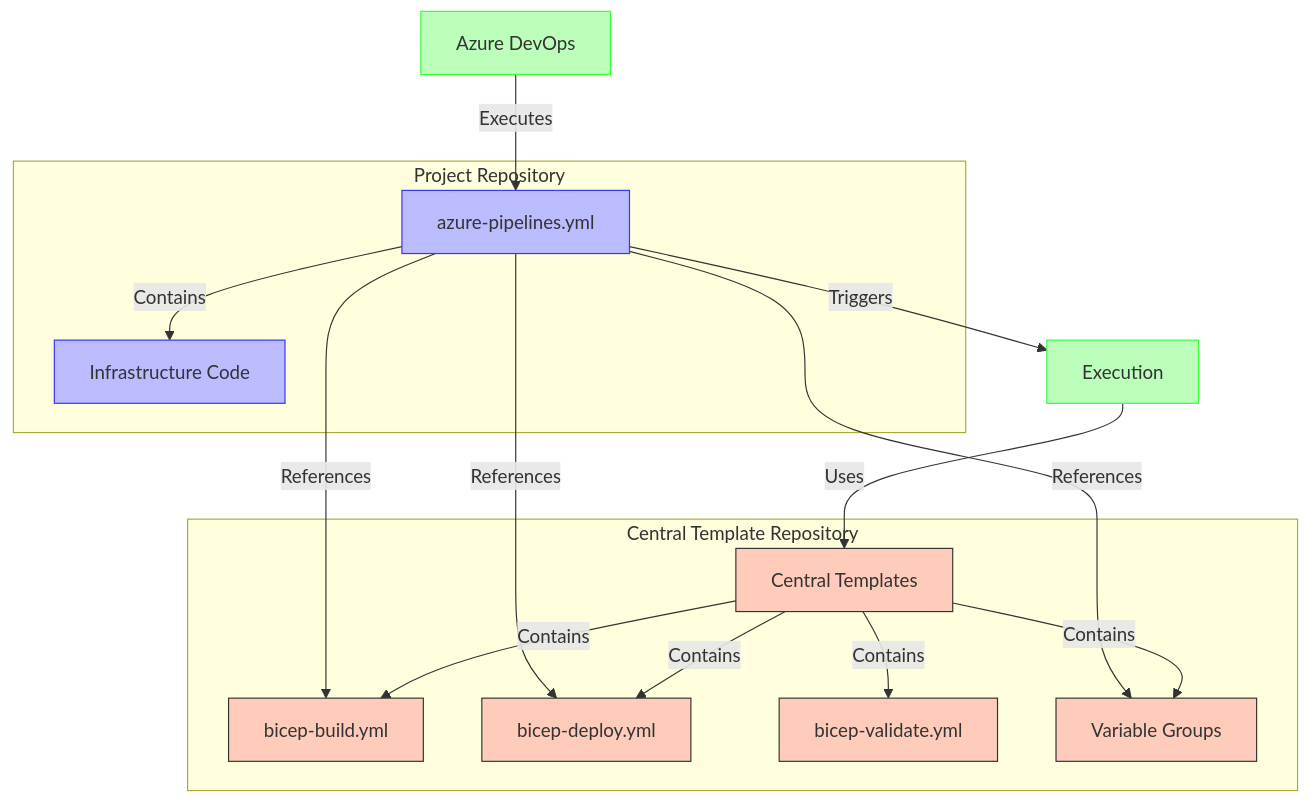
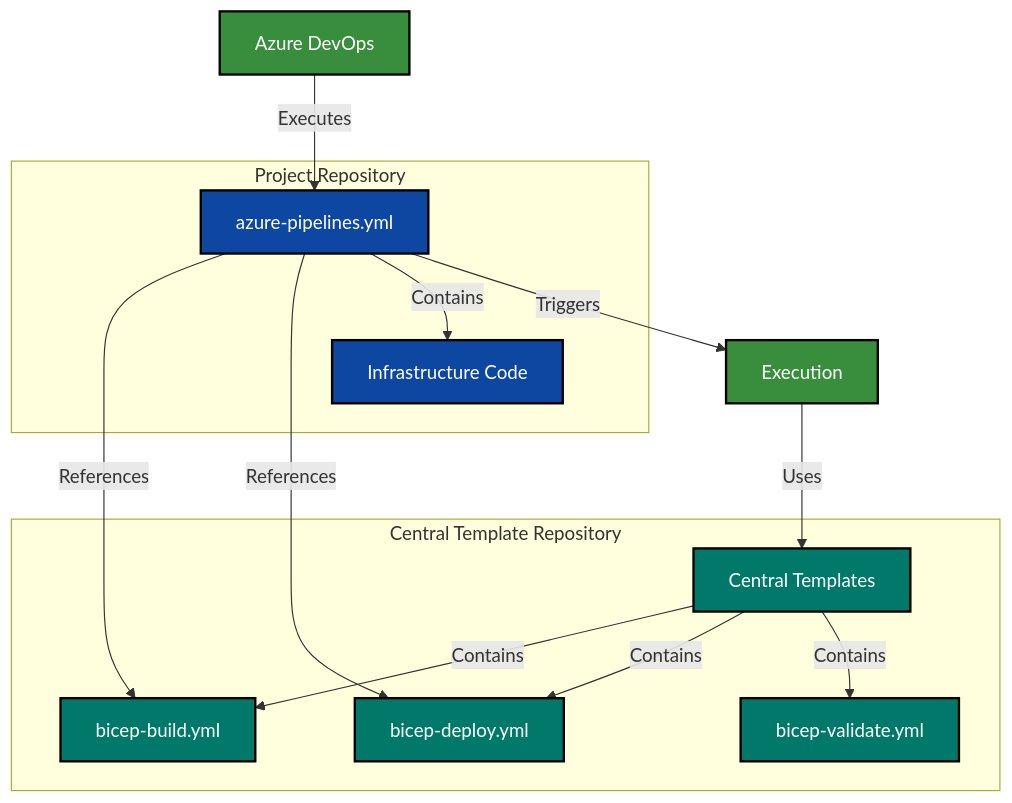
Before and after one commit to tw3lveparsecs/tw3lveparsecs.github.io: the fifth of 8 diagrams in _posts/2025-03-31-azure-iac-devops-series-central-pipelines.md, drawn with Mermaid. The commit also changed other lines of this file, not shown here.

````diff
--- a/_posts/2025-03-31-azure-iac-devops-series-central-pipelines.md
+++ b/_posts/2025-03-31-azure-iac-devops-series-central-pipelines.md
@@ -228,29 +239,27 @@
 ```mermaid
 flowchart TD
-    subgraph "Central Template Repository"
-        CT[Central Templates]
-        CT --> |Contains| BT[bicep-build.yml]
-        CT --> |Contains| DT[bicep-deploy.yml]
-        CT --> |Contains| VT[bicep-validate.yml]
-        CT --> |Contains| VG[Variable Groups]
-    end
+  subgraph "Central Template Repository"
+    CT[Central Templates]
+    CT --> |Contains| BT[bicep-build.yml]
+    CT --> |Contains| DT[bicep-deploy.yml]
+    CT --> |Contains| VT[bicep-validate.yml]
+  end
 
-    subgraph "Project Repository"
-        PP[azure-pipelines.yml]
-        PP --> |References| BT
-        PP --> |References| DT
-        PP --> |References| VG
-        PP --> |Contains| IC[Infrastructure Code]
-    end
+  subgraph "Project Repository"
+    PP[azure-pipelines.yml]
+    PP --> |References| BT
+    PP --> |References| DT
+    PP --> |Contains| IC[Infrastructure Code]
+  end
 
-    AD[Azure DevOps] --> |Executes| PP
-    PP --> |Triggers| E[Execution]
-    E --> |Uses| CT
+  AD[Azure DevOps] --> |Executes| PP
+  PP --> |Triggers| E[Execution]
+  E --> |Uses| CT
 
-    classDef central fill:#fcb,stroke:#333,stroke-width:1px
-    classDef project fill:#bbf,stroke:#33f,stroke-width:1px
-    classDef execution fill:#bfb,stroke:#3f3,stroke-width:1px
-    class CT,BT,DT,VT,VG central
-    class PP,IC project
-    class AD,E execution
+  classDef central fill:#00796b,color:#fff,stroke:#000,stroke-width:2px
+  classDef project fill:#0d47a1,color:#fff, stroke:#000,stroke-width:2px
+  classDef execution fill:#388e3c,color:#fff,stroke:#000,stroke-width:2px
+  class CT,BT,DT,VT central
+  class PP,IC project
+  class AD,E execution
 ```
````
